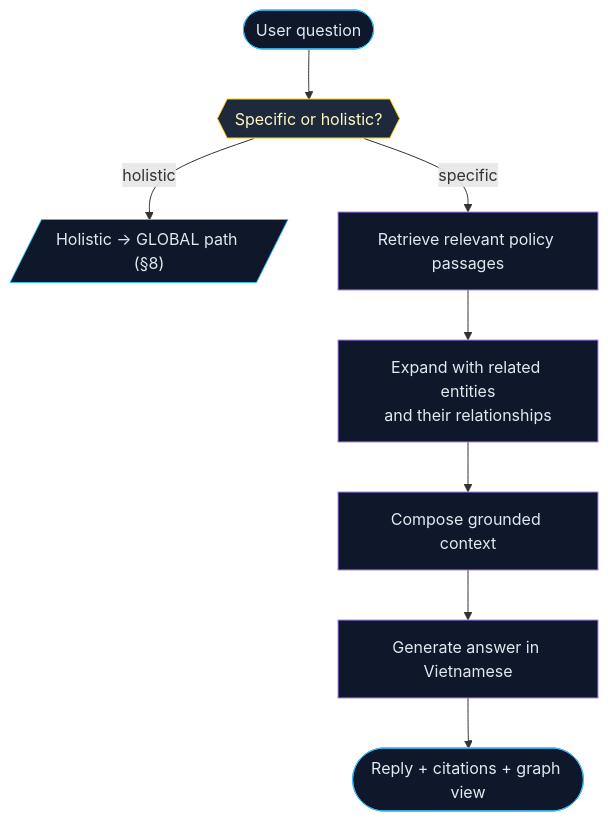
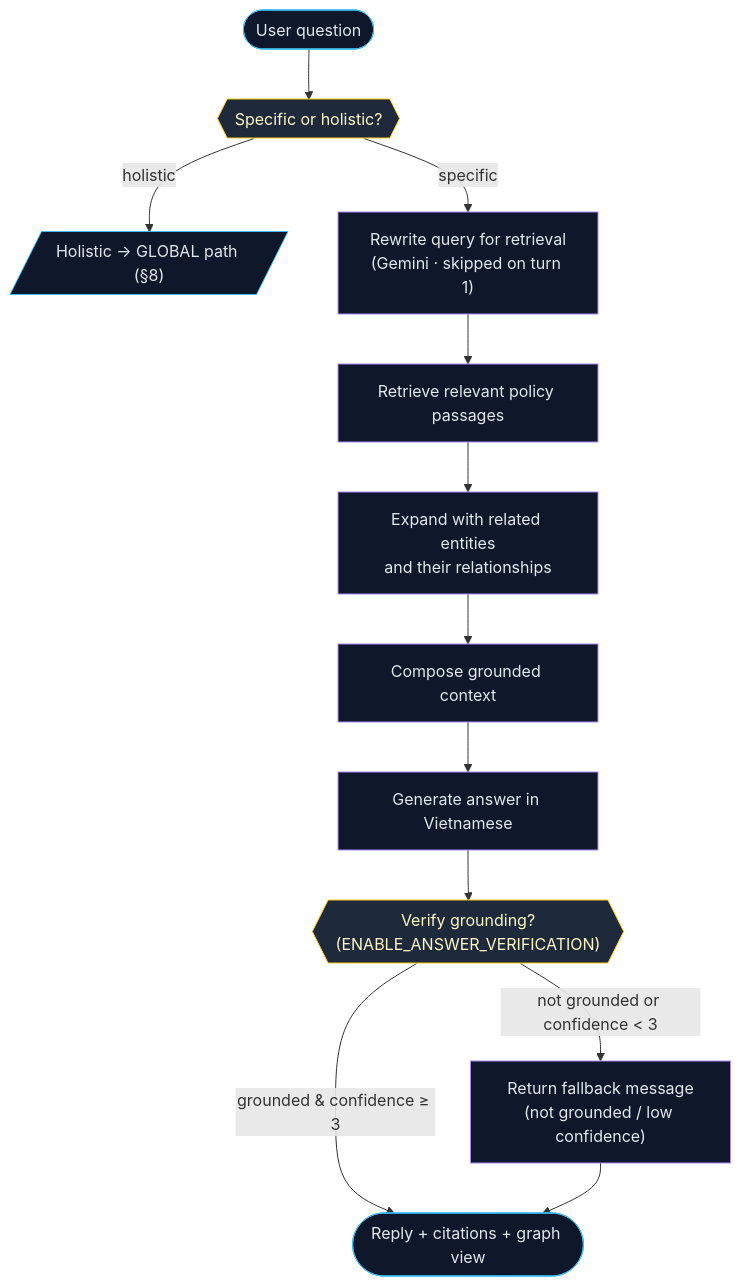
The seventh of 11 diagrams in rag-projects/graphrag-assistant/HLD.md (nguyenduy-math/agentichouse), drawn with Mermaid before and after one commit. The commit also changed other lines of this file and 22 other files, not shown here.

````diff
--- a/rag-projects/graphrag-assistant/HLD.md
+++ b/rag-projects/graphrag-assistant/HLD.md
@@ -322,20 +324,26 @@
 ```mermaid
 flowchart TD
     classDef io     fill:#0f172a,stroke:#38bdf8,color:#e2e8f0
     classDef proc   fill:#0f172a,stroke:#a78bfa,color:#e2e8f0
     classDef decide fill:#1e293b,stroke:#facc15,color:#fef9c3
 
     Start([User question]):::io
     Classify{{"Specific or holistic?"}}:::decide
     Global[/"Holistic → GLOBAL path (§8)"/]:::io
 
     Retrieve["Retrieve relevant policy passages"]:::proc
     Expand["Expand with related entities\nand their relationships"]:::proc
     Compose["Compose grounded context"]:::proc
     Answer["Generate answer in Vietnamese"]:::proc
+    Verify{{"Verify grounding?\n(ENABLE_ANSWER_VERIFICATION)"}}:::decide
+    Fallback["Return fallback message\n(not grounded / low confidence)"]:::proc
     Resp([Reply + citations + graph view]):::io
+
+    Rewrite["Rewrite query for retrieval\n(Gemini · skipped on turn 1)"]:::proc
 
     Start --> Classify
     Classify -- holistic --> Global
-    Classify -- specific --> Retrieve --> Expand --> Compose --> Answer --> Resp
+    Classify -- specific --> Rewrite --> Retrieve --> Expand --> Compose --> Answer --> Verify
+    Verify -- "grounded & confidence ≥ 3" --> Resp
+    Verify -- "not grounded or confidence < 3" --> Fallback --> Resp
 ```
````
